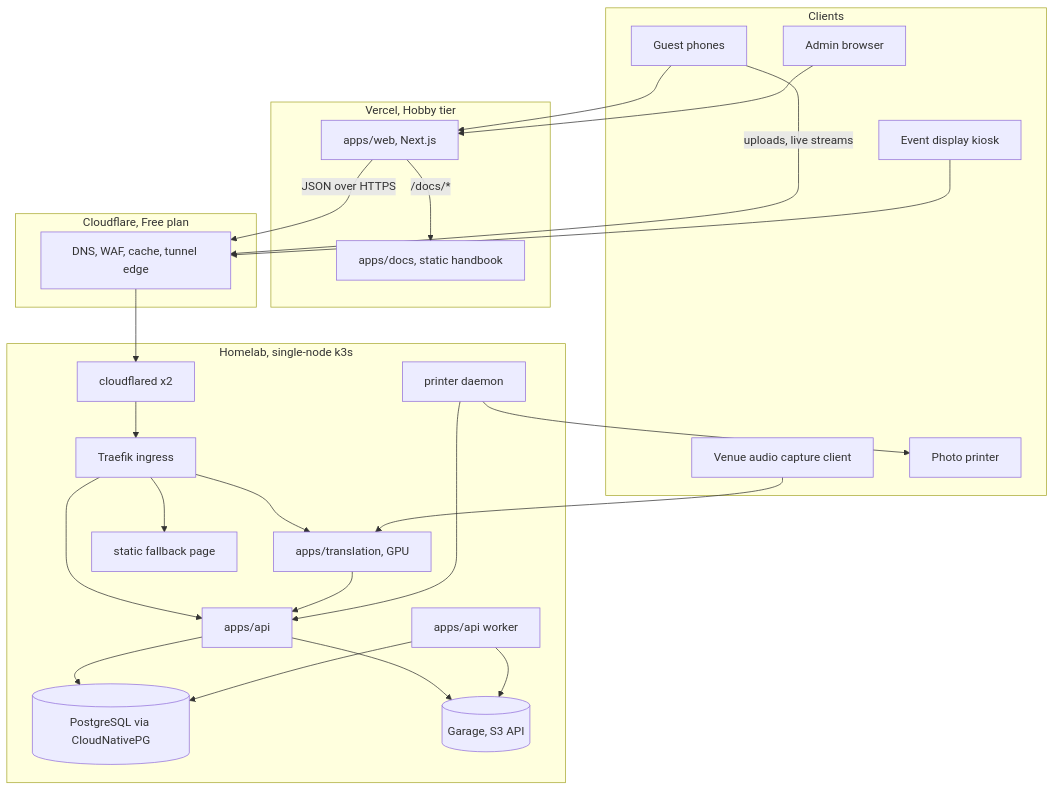
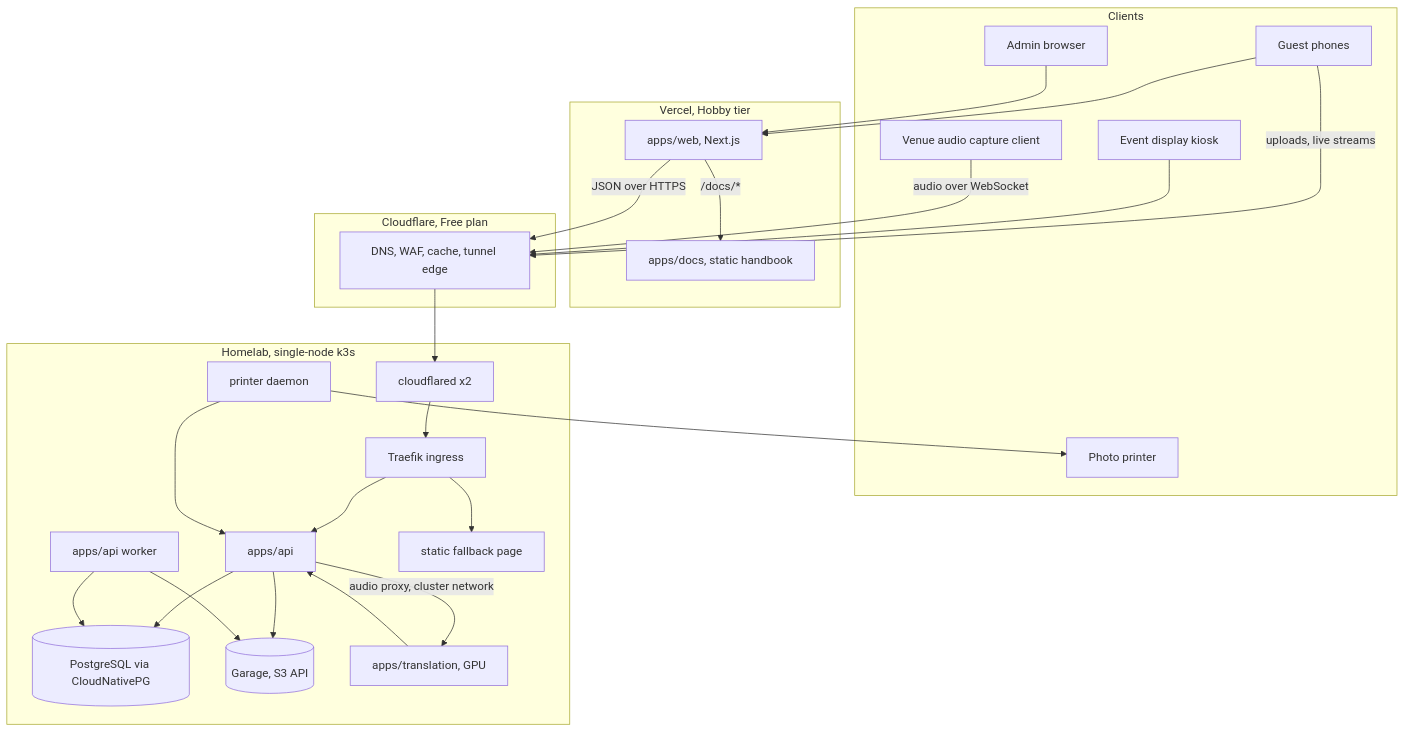
One commit to fuisl/vgu-graduation changed the diagram in docs/architecture/target/system-context.md. Above: the diagram before and after it, drawn with Mermaid. The commit also changed other lines of this file and 11 other files, not shown here.

````diff
--- a/docs/architecture/target/system-context.md
+++ b/docs/architecture/target/system-context.md
@@ -3,46 +3,46 @@
 ```mermaid
 flowchart TB
   subgraph clients ["Clients"]
     Guest["Guest phones"]
     Admin["Admin browser"]
     AV["Venue audio capture client"]
     Kiosk["Event display kiosk"]
     Printer["Photo printer"]
   end
   subgraph edge ["Vercel, Hobby tier"]
     Web["apps/web, Next.js"]
     Docs["apps/docs, static handbook"]
   end
   subgraph cf ["Cloudflare, Free plan"]
     CFEdge["DNS, WAF, cache, tunnel edge"]
   end
   subgraph k3s ["Homelab, single-node k3s"]
     CFD["cloudflared x2"]
     Traefik["Traefik ingress"]
     API["apps/api"]
     Worker["apps/api worker"]
     PG[("PostgreSQL via CloudNativePG")]
     Garage[("Garage, S3 API")]
     Trans["apps/translation, GPU"]
     PrintD["printer daemon"]
     Fallback["static fallback page"]
   end
   Guest --> Web
   Admin --> Web
   Web -- "/docs/*" --> Docs
   Web -- "JSON over HTTPS" --> CFEdge
   Guest -- "uploads, live streams" --> CFEdge
   Kiosk --> CFEdge
   CFEdge --> CFD --> Traefik
   Traefik --> API
-  Traefik --> Trans
   Traefik --> Fallback
   API --> PG
   API --> Garage
   Worker --> PG
   Worker --> Garage
-  AV --> Trans
+  AV -- "audio over WebSocket" --> CFEdge
+  API -- "audio proxy, cluster network" --> Trans
   Trans --> API
   PrintD --> API
   PrintD --> Printer
 ```
````
